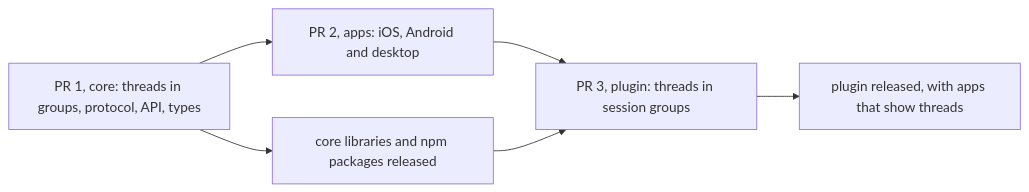
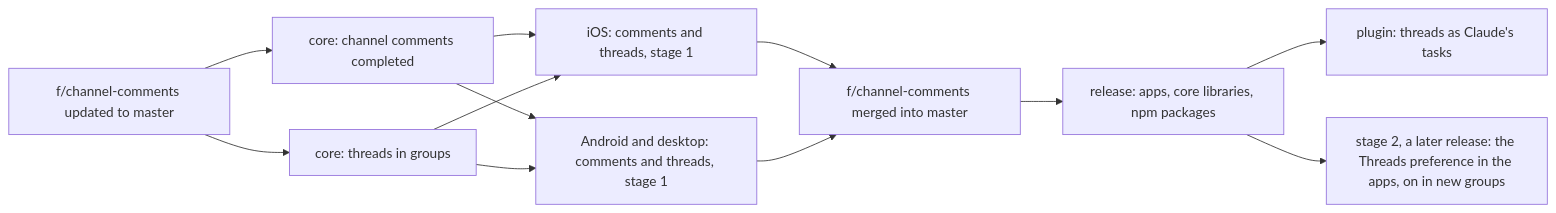
Before and after one commit to evgeny-simplex/simplex-chat: the first of 4 diagrams in plans/2026-11-13-mcp-threads.md, drawn with Mermaid. The commit also changed other lines of this file, not shown here.

Commit message:
plan: mcp-threads with channel comments, stages, Claude's tasks

````diff
--- a/plans/2026-11-13-mcp-threads.md
+++ b/plans/2026-11-13-mcp-threads.md
@@ -7,8 +7,14 @@
 ```mermaid
 flowchart LR
-  C[PR 1, core: threads in groups, protocol, API, types] --> A[PR 2, apps: iOS, Android and desktop]
-  C --> R[core libraries and npm packages released]
-  A --> P[PR 3, plugin: threads in session groups]
-  R --> P
-  P --> W[plugin released, with apps that show threads]
+  F[f/channel-comments updated to master] --> C1[core: channel comments completed]
+  F --> C2[core: threads in groups]
+  C1 --> I[iOS: comments and threads, stage 1]
+  C2 --> I
+  C1 --> K[Android and desktop: comments and threads, stage 1]
+  C2 --> K
+  I --> M[f/channel-comments merged into master]
+  K --> M
+  M --> R[release: apps, core libraries, npm packages]
+  R --> P[plugin: threads as Claude's tasks]
+  R --> S[stage 2, a later release: the Threads preference in the apps, on in new groups]
 ```
````
